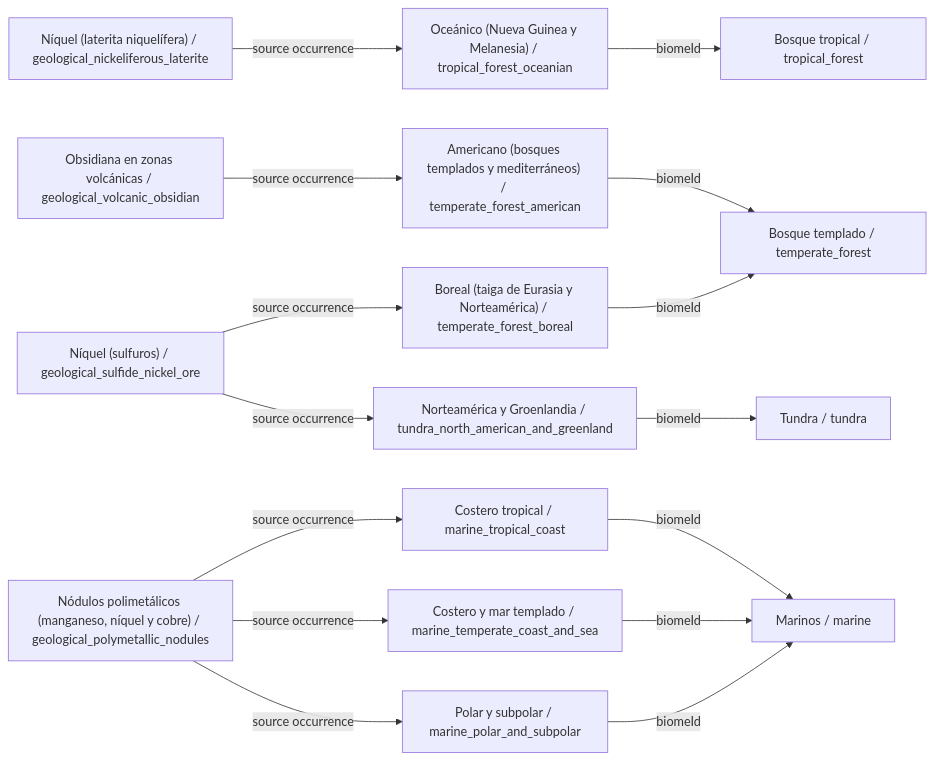
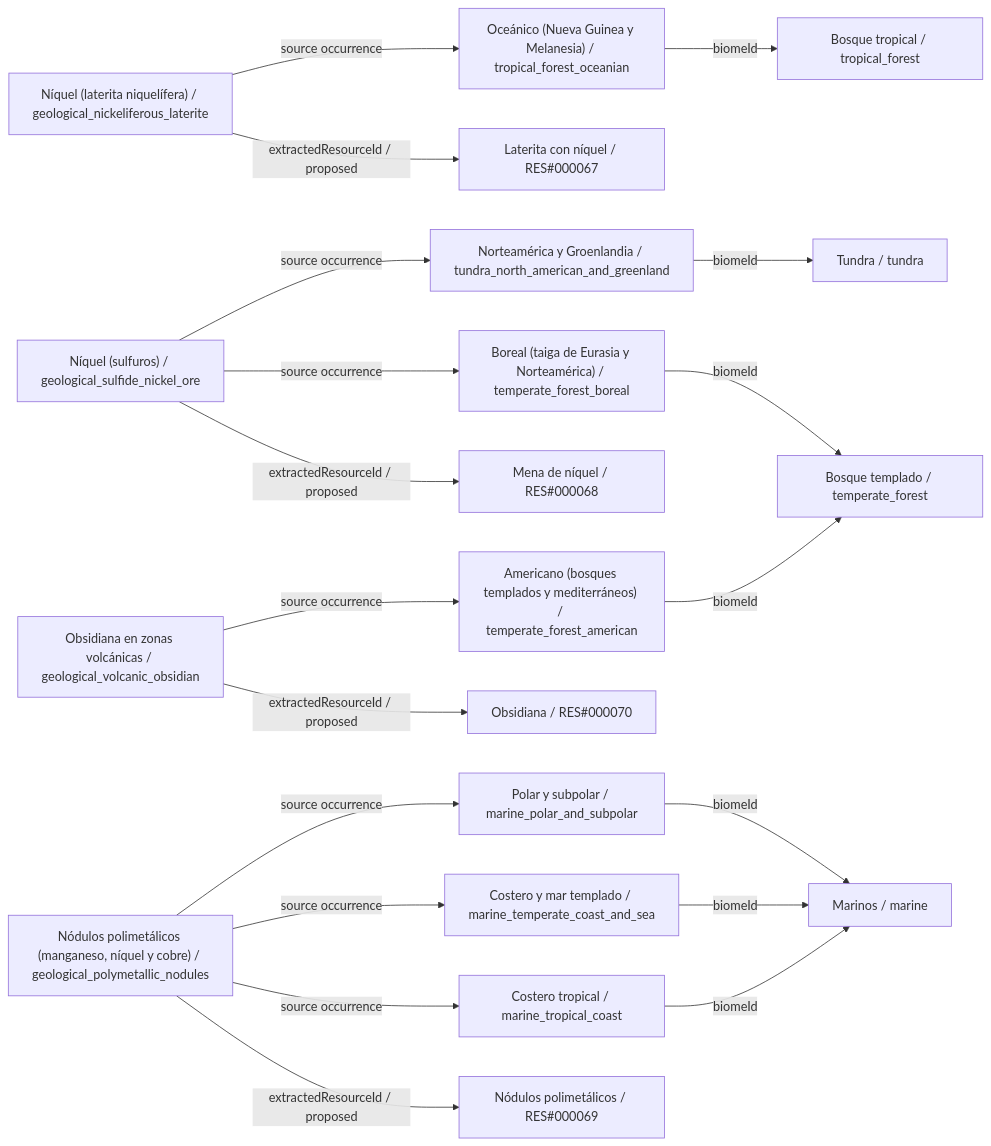
Before and after one commit to fgabo404/EvolveDoc: the ninth of 15 diagrams in data/minerals/DIAGRAMS.es.md, drawn with Mermaid. The commit also changed other lines of this file and 50 other files, not shown here.

````diff
--- a/data/minerals/DIAGRAMS.es.md
+++ b/data/minerals/DIAGRAMS.es.md
@@ -562,32 +626,40 @@
 ```mermaid
 flowchart LR
     c0["Níquel (laterita niquelífera) / geological_nickeliferous_laterite"]
     v3["Oceánico (Nueva Guinea y Melanesia) / tropical_forest_oceanian"]
     b0["Bosque tropical / tropical_forest"]
+    r0["Laterita con níquel / RES#000067"]
     c1["Níquel (sulfuros) / geological_sulfide_nickel_ore"]
     v7["Boreal (taiga de Eurasia y Norteamérica) / temperate_forest_boreal"]
     b1["Bosque templado / temperate_forest"]
     v8["Norteamérica y Groenlandia / tundra_north_american_and_greenland"]
     b2["Tundra / tundra"]
+    r1["Mena de níquel / RES#000068"]
     c2["Nódulos polimetálicos (manganeso, níquel y cobre) / geological_polymetallic_nodules"]
     v19["Costero tropical / marine_tropical_coast"]
     b5["Marinos / marine"]
     v20["Costero y mar templado / marine_temperate_coast_and_sea"]
     v21["Polar y subpolar / marine_polar_and_subpolar"]
+    r2["Nódulos polimetálicos / RES#000069"]
     c3["Obsidiana en zonas volcánicas / geological_volcanic_obsidian"]
     v5["Americano (bosques templados y mediterráneos) / temperate_forest_american"]
+    r3["Obsidiana / RES#000070"]
+    c0 -->|extractedResourceId / proposed| r0
     c0 -->|source occurrence| v3
+    c1 -->|extractedResourceId / proposed| r1
     c1 -->|source occurrence| v7
     c1 -->|source occurrence| v8
+    c2 -->|extractedResourceId / proposed| r2
     c2 -->|source occurrence| v19
     c2 -->|source occurrence| v20
     c2 -->|source occurrence| v21
+    c3 -->|extractedResourceId / proposed| r3
     c3 -->|source occurrence| v5
     v19 -->|biomeId| b5
     v20 -->|biomeId| b5
     v21 -->|biomeId| b5
     v3 -->|biomeId| b0
     v5 -->|biomeId| b1
     v7 -->|biomeId| b1
     v8 -->|biomeId| b2
 ```
````
